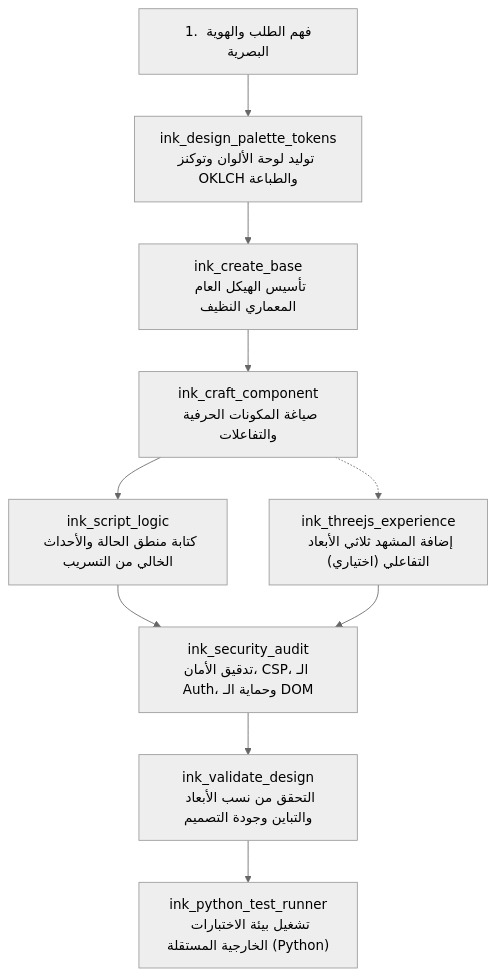
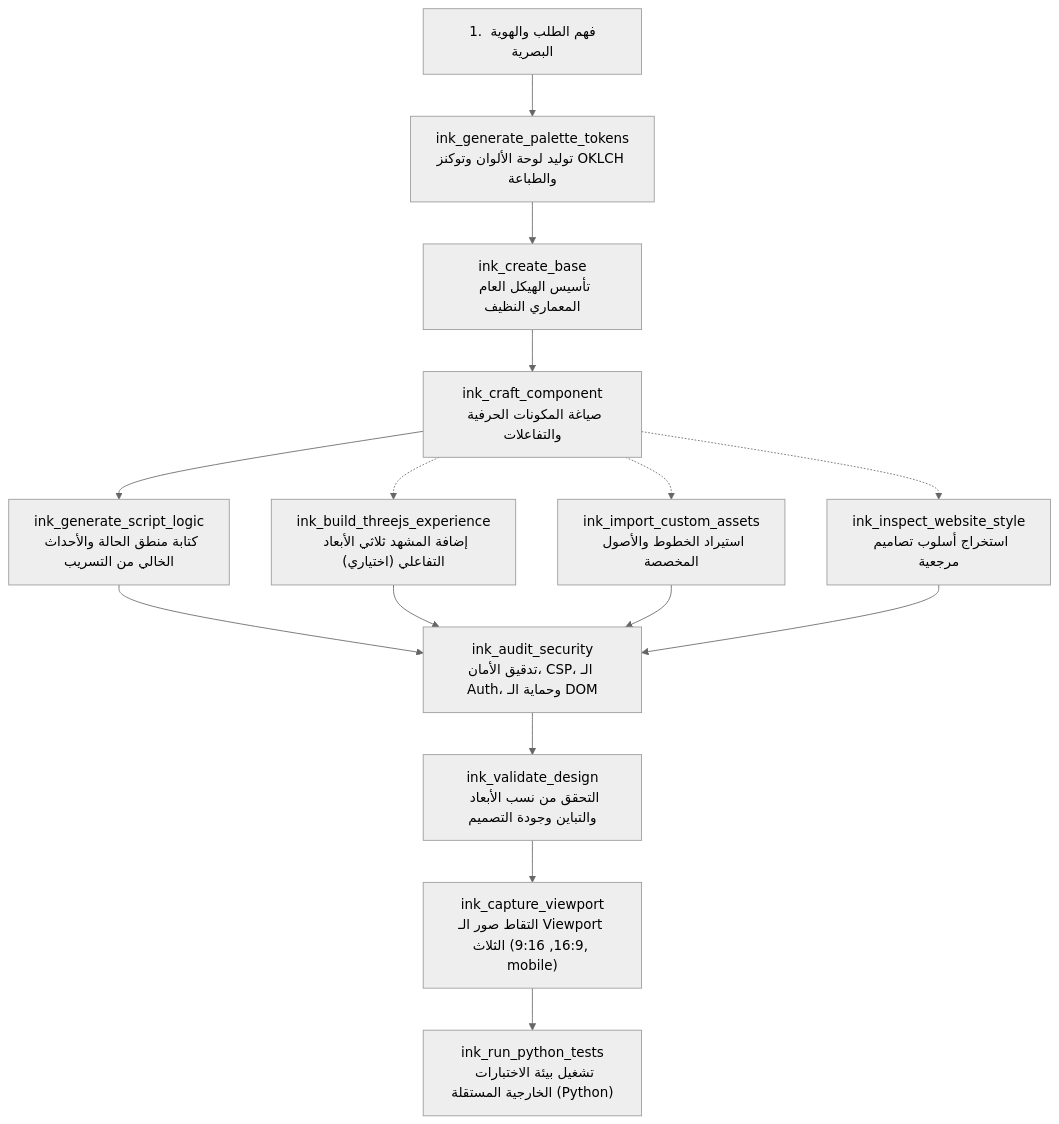
The diagram in INK_MASTER.md (MarwanDevSpace/mcp-ink-design), drawn with Mermaid (neutral theme) before and after one commit. The commit also changed other lines of this file and 23 other files, not shown here.

````diff
--- a/INK_MASTER.md
+++ b/INK_MASTER.md
@@ -46,12 +46,17 @@
 ```mermaid
 graph TD
-    A["1. فهم الطلب والهوية البصرية"] --> B["ink_design_palette_tokens<br/>توليد لوحة الألوان وتوكنز OKLCH والطباعة"]
+    A["1. فهم الطلب والهوية البصرية"] --> B["ink_generate_palette_tokens<br/>توليد لوحة الألوان وتوكنز OKLCH والطباعة"]
     B --> C["ink_create_base<br/>تأسيس الهيكل العام المعماري النظيف"]
     C --> D["ink_craft_component<br/>صياغة المكونات الحرفية والتفاعلات"]
-    D --> E["ink_script_logic<br/>كتابة منطق الحالة والأحداث الخالي من التسريب"]
-    D -.-> F["ink_threejs_experience<br/>إضافة المشهد ثلاثي الأبعاد التفاعلي (اختياري)"]
-    E --> G["ink_security_audit<br/>تدقيق الأمان، CSP، الـ Auth، وحماية الـ DOM"]
-    F --> G
-    G --> H["ink_validate_design<br/>التحقق من نسب الأبعاد والتباين وجودة التصميم"]
-    H --> I["ink_python_test_runner<br/>تشغيل بيئة الاختبارات الخارجية المستقلة (Python)"]
+    D --> E["ink_generate_script_logic<br/>كتابة منطق الحالة والأحداث الخالي من التسريب"]
+    D -.-> F["ink_build_threejs_experience<br/>إضافة المشهد ثلاثي الأبعاد التفاعلي (اختياري)"]
+    D -.-> G["ink_import_custom_assets<br/>استيراد الخطوط والأصول المخصصة"]
+    D -.-> H["ink_inspect_website_style<br/>استخراج أسلوب تصاميم مرجعية"]
+    E --> I["ink_audit_security<br/>تدقيق الأمان، CSP، الـ Auth، وحماية الـ DOM"]
+    F --> I
+    G --> I
+    H --> I
+    I --> J["ink_validate_design<br/>التحقق من نسب الأبعاد والتباين وجودة التصميم"]
+    J --> K["ink_capture_viewport<br/>التقاط صور الـ Viewport الثلاث (16:9, 9:16, mobile)"]
+    K --> L["ink_run_python_tests<br/>تشغيل بيئة الاختبارات الخارجية المستقلة (Python)"]
 ```
````
